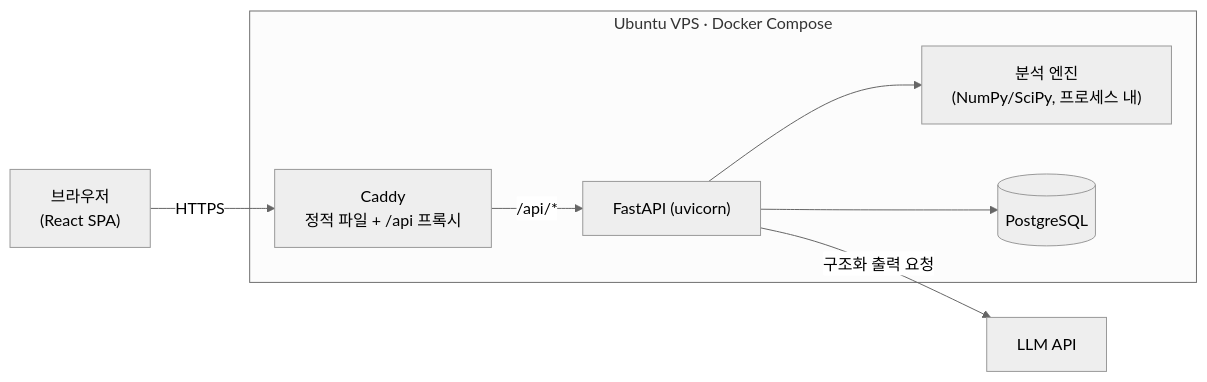
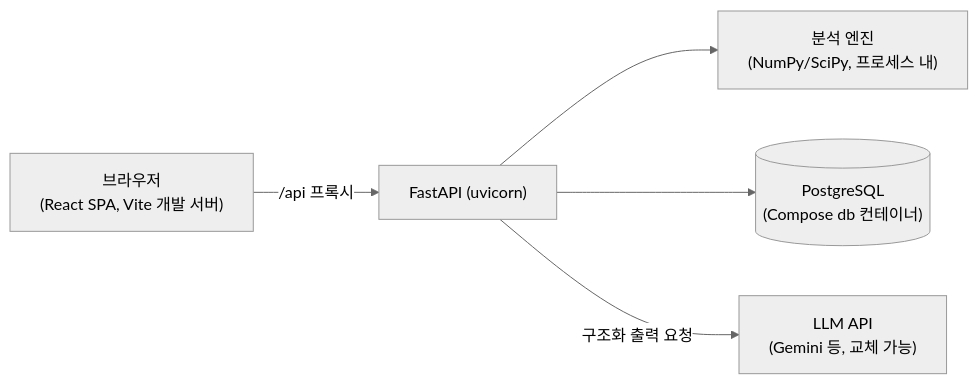
The sixth of 6 diagrams in docs/개발기획서.md (dlfkdLR/SEONBI), drawn with Mermaid (neutral theme) before and after one commit. The commit also changed other lines of this file, not shown here.

````diff
--- a/docs/개발기획서.md
+++ b/docs/개발기획서.md
@@ -1608,14 +1585,7 @@
 ```mermaid
 flowchart LR
-    U["브라우저<br>(React SPA)"] -->|"HTTPS"| C["Caddy<br>정적 파일 + /api 프록시"]
-    C -->|"/api/*"| A["FastAPI (uvicorn)"]
+    U["브라우저<br>(React SPA, Vite 개발 서버)"] -->|"/api 프록시"| A["FastAPI (uvicorn)"]
     A --> E["분석 엔진<br>(NumPy/SciPy, 프로세스 내)"]
-    A --> P[("PostgreSQL")]
-    A -->|"구조화 출력 요청"| L["LLM API"]
-    subgraph VPS["Ubuntu VPS · Docker Compose"]
-      C
-      A
-      E
-      P
-    end
+    A --> P[("PostgreSQL<br>(Compose db 컨테이너)")]
+    A -->|"구조화 출력 요청"| L["LLM API<br>(Gemini 등, 교체 가능)"]
 ```
````
